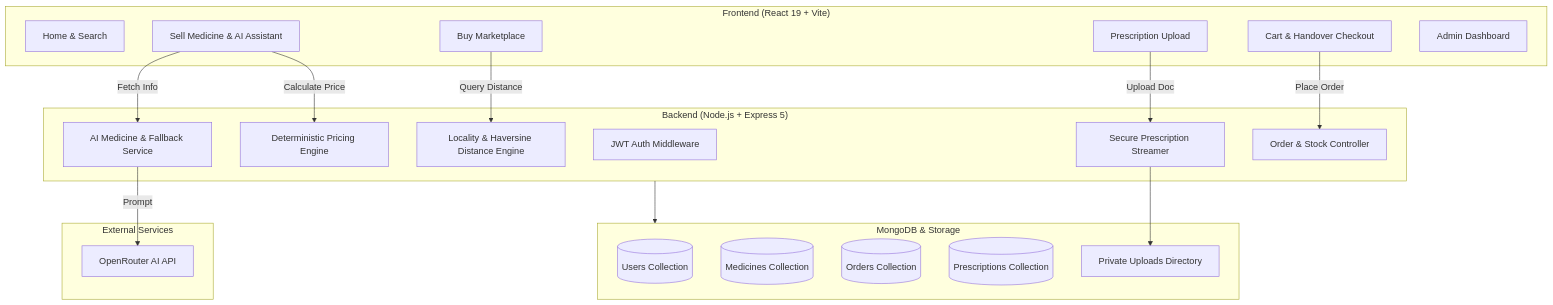
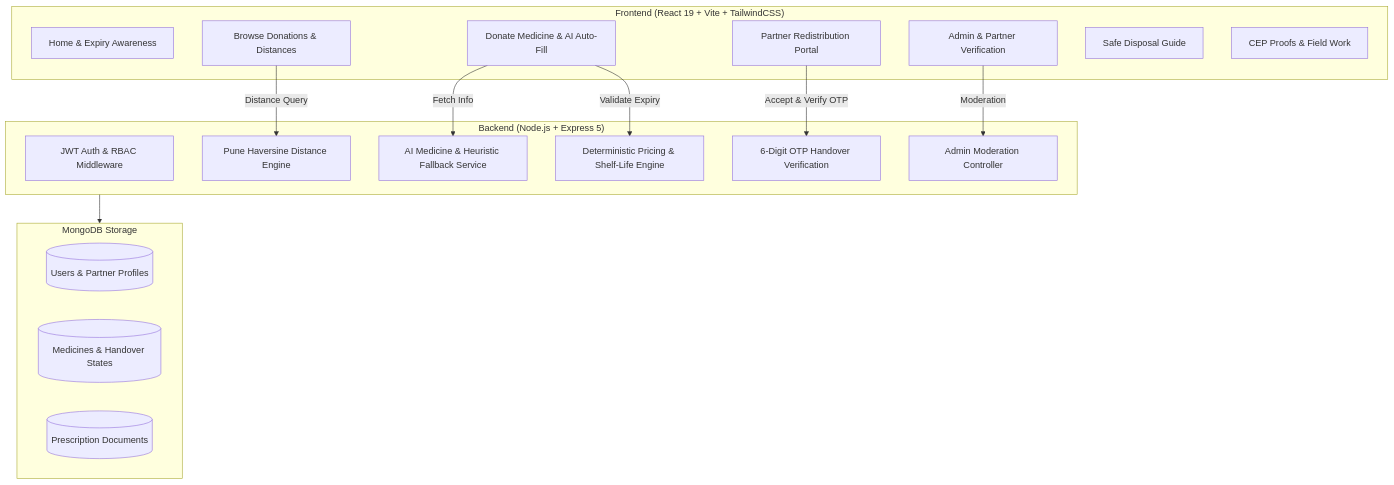
One commit to Vidyang07/medisave changed the second of 2 diagrams in README.md. Above: the diagram before and after it, drawn with Mermaid. The commit also changed other lines of this file and 39 other files, not shown here.

````diff
--- a/README.md
+++ b/README.md
@@ -164,41 +161,34 @@
 ```mermaid
 graph TD
-    subgraph Client ["Frontend (React 19 + Vite)"]
-        UI_Home[Home & Search]
-        UI_Market[Buy Marketplace]
-        UI_Sell[Sell Medicine & AI Assistant]
-        UI_Rx[Prescription Upload]
-        UI_Cart[Cart & Handover Checkout]
-        UI_Admin[Admin Dashboard]
+    subgraph Client ["Frontend (React 19 + Vite + TailwindCSS)"]
+        UI_Home[Home & Expiry Awareness]
+        UI_Browse[Browse Donations & Distances]
+        UI_Donate[Donate Medicine & AI Auto-Fill]
+        UI_Partner[Partner Redistribution Portal]
+        UI_Admin[Admin & Partner Verification]
+        UI_Disposal[Safe Disposal Guide]
+        UI_Proofs[CEP Proofs & Field Work]
     end
 
     subgraph Server ["Backend (Node.js + Express 5)"]
-        AuthMid[JWT Auth Middleware]
-        PricingSvc[Deterministic Pricing Engine]
-        LocalitySvc[Locality & Haversine Distance Engine]
-        AiSvc[AI Medicine & Fallback Service]
-        DocStream[Secure Prescription Streamer]
-        OrderCtrl[Order & Stock Controller]
+        AuthMid[JWT Auth & RBAC Middleware]
+        PricingSvc[Deterministic Pricing & Shelf-Life Engine]
+        LocalitySvc[Pune Haversine Distance Engine]
+        AiSvc[AI Medicine & Heuristic Fallback Service]
+        HandoverSvc[6-Digit OTP Handover Verification]
+        AdminCtrl[Admin Moderation Controller]
     end
 
-    subgraph Database ["MongoDB & Storage"]
-        DB_Users[(Users Collection)]
-        DB_Meds[(Medicines Collection)]
-        DB_Orders[(Orders Collection)]
-        DB_Rx[(Prescriptions Collection)]
-        FS_Rx[Private Uploads Directory]
+    subgraph Database ["MongoDB Storage"]
+        DB_Users[(Users & Partner Profiles)]
+        DB_Meds[(Medicines & Handover States)]
+        DB_Rx[(Prescription Documents)]
     end
 
-    subgraph External ["External Services"]
-        OpenRouter[OpenRouter AI API]
-    end
-
-    UI_Sell -->|Fetch Info| AiSvc
-    AiSvc -->|Prompt| OpenRouter
-    UI_Sell -->|Calculate Price| PricingSvc
-    UI_Market -->|Query Distance| LocalitySvc
-    UI_Cart -->|Place Order| OrderCtrl
-    UI_Rx -->|Upload Doc| DocStream
-    DocStream --> FS_Rx
+    UI_Donate -->|Fetch Info| AiSvc
+    UI_Donate -->|Validate Expiry| PricingSvc
+    UI_Browse -->|Distance Query| LocalitySvc
+    UI_Partner -->|Accept & Verify OTP| HandoverSvc
+    UI_Admin -->|Moderation| AdminCtrl
     Server --> Database
 ```
````
